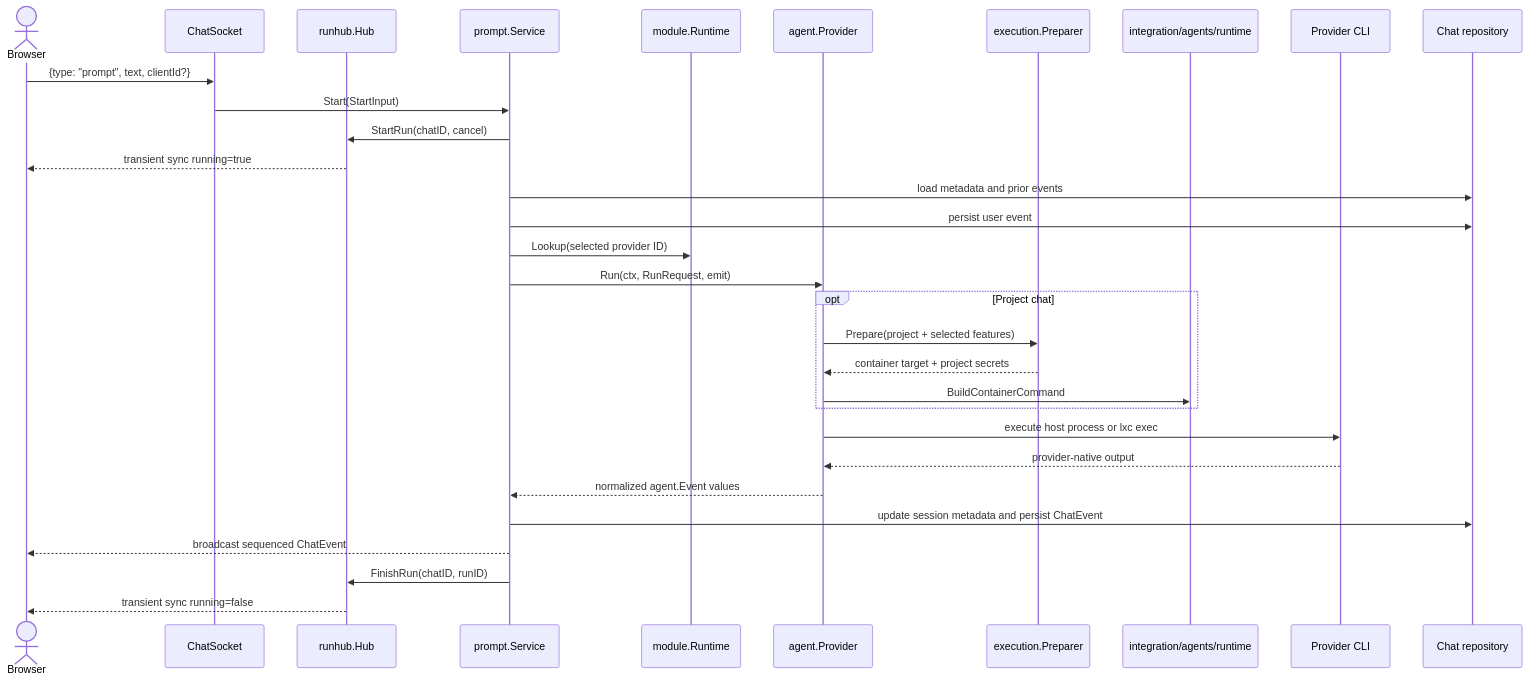
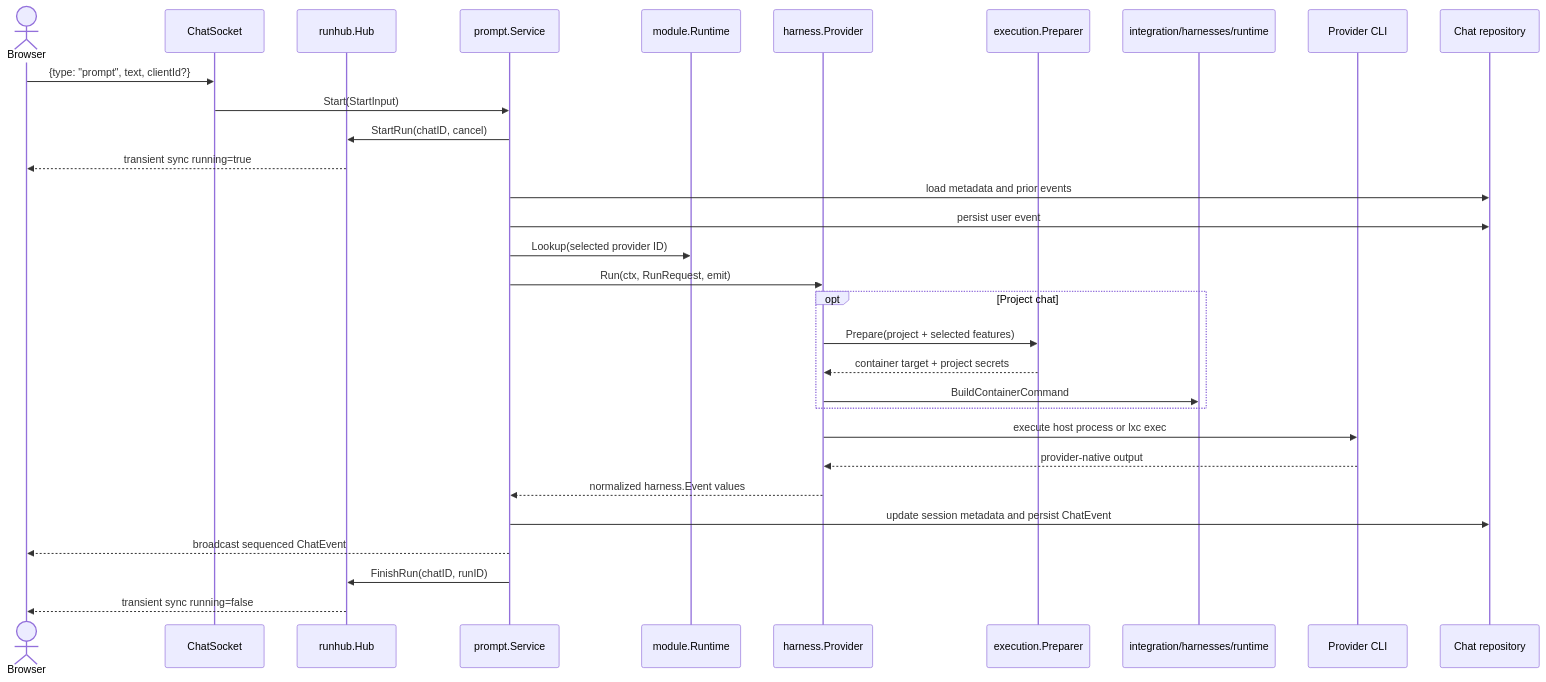
The diagram in docs/dev/agents/02-runtime-and-event-parsing.md (futrx-com/remote.futrx), drawn with Mermaid before and after one commit. The commit also changed other lines of this file and 359 other files, not shown here.

````diff
--- a/docs/dev/agents/02-runtime-and-event-parsing.md
+++ b/docs/dev/agents/02-runtime-and-event-parsing.md
@@ -10,34 +10,34 @@
 ```mermaid
 sequenceDiagram
     actor Browser
     participant Socket as ChatSocket
     participant Hub as runhub.Hub
     participant Prompt as prompt.Service
     participant Runtime as module.Runtime
-    participant Provider as agent.Provider
+    participant Provider as harness.Provider
     participant Prep as execution.Preparer
-    participant Cmd as integration/agents/runtime
+    participant Cmd as integration/harnesses/runtime
     participant CLI as Provider CLI
     participant Store as Chat repository
 
     Browser->>Socket: {type: "prompt", text, clientId?}
     Socket->>Prompt: Start(StartInput)
     Prompt->>Hub: StartRun(chatID, cancel)
     Hub-->>Browser: transient sync running=true
     Prompt->>Store: load metadata and prior events
     Prompt->>Store: persist user event
     Prompt->>Runtime: Lookup(selected provider ID)
     Prompt->>Provider: Run(ctx, RunRequest, emit)
     opt Project chat
         Provider->>Prep: Prepare(project + selected features)
         Prep-->>Provider: container target + project secrets
         Provider->>Cmd: BuildContainerCommand
     end
     Provider->>CLI: execute host process or lxc exec
     CLI-->>Provider: provider-native output
-    Provider-->>Prompt: normalized agent.Event values
+    Provider-->>Prompt: normalized harness.Event values
     Prompt->>Store: update session metadata and persist ChatEvent
     Prompt-->>Browser: broadcast sequenced ChatEvent
     Prompt->>Hub: FinishRun(chatID, runID)
     Hub-->>Browser: transient sync running=false
 ```
````
